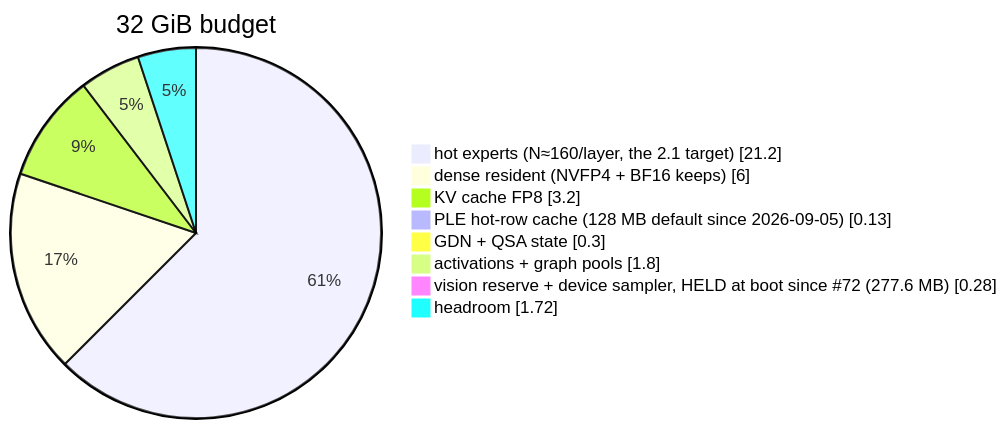
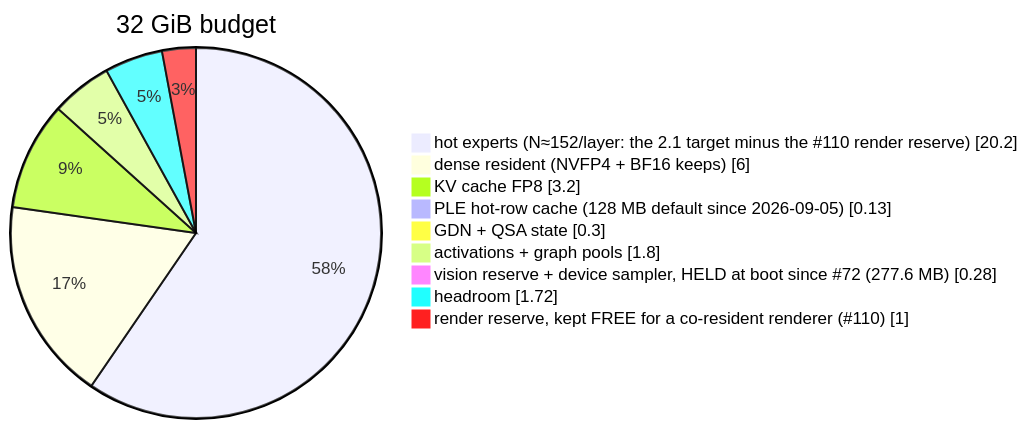
Before and after one commit to nibor1896/crow-nest: the third of 8 diagrams in docs/diagrams.md, drawn with Mermaid. The commit also changed other lines of this file and 9 other files, not shown here.

First line of the commit message:
#110: keep 1 GiB of VRAM free for a co-resident renderer

````diff
--- a/docs/diagrams.md
+++ b/docs/diagrams.md
@@ -98,11 +98,12 @@
 ```mermaid
 pie showData title 32 GiB budget
-    "hot experts (N≈160/layer, the 2.1 target)" : 21.2
+    "hot experts (N≈152/layer: the 2.1 target minus the #110 render reserve)" : 20.2
     "dense resident (NVFP4 + BF16 keeps)" : 6.0
     "KV cache FP8" : 3.2
     "PLE hot-row cache (128 MB default since 2026-09-05)" : 0.13
     "GDN + QSA state" : 0.3
     "activations + graph pools" : 1.8
     "vision reserve + device sampler, HELD at boot since #72 (277.6 MB)" : 0.28
     "headroom" : 1.72
+    "render reserve, kept FREE for a co-resident renderer (#110)" : 1.0
 ```
````
